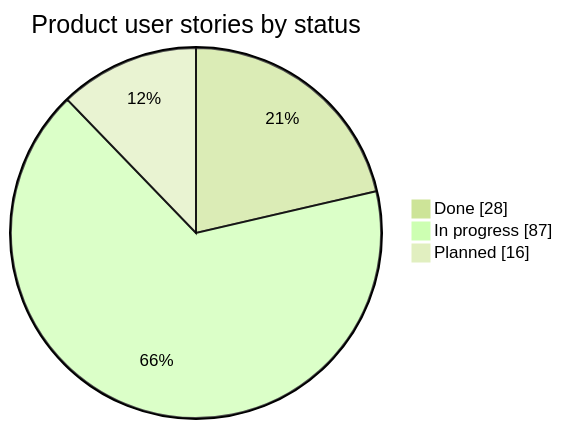
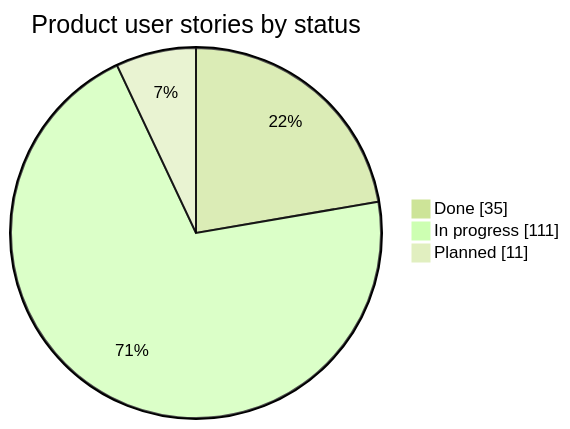
Before and after one commit to PflanzenDex/PflanzenDex: the first of 3 diagrams in README.md, drawn with Mermaid (forest theme). The commit also changed other lines of this file, not shown here.

````diff
--- a/README.md
+++ b/README.md
@@ -31,6 +33,6 @@
 ```mermaid
 pie showData title Product user stories by status
-  "Done" : 28
-  "In progress" : 87
-  "Planned" : 16
+  "Done" : 35
+  "In progress" : 111
+  "Planned" : 11
 ```
````
